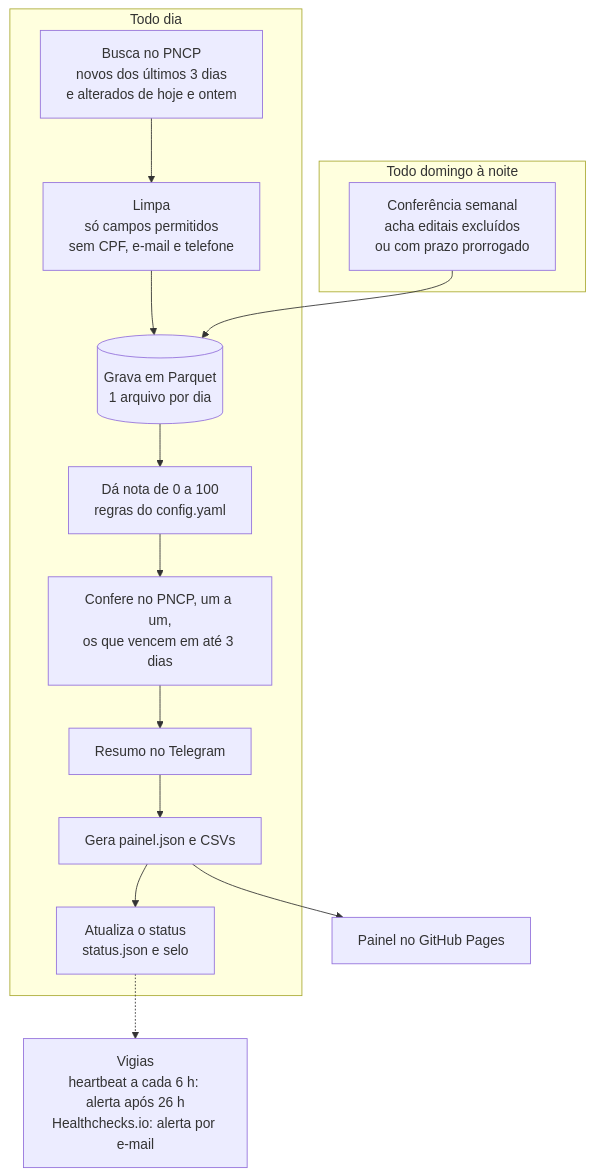
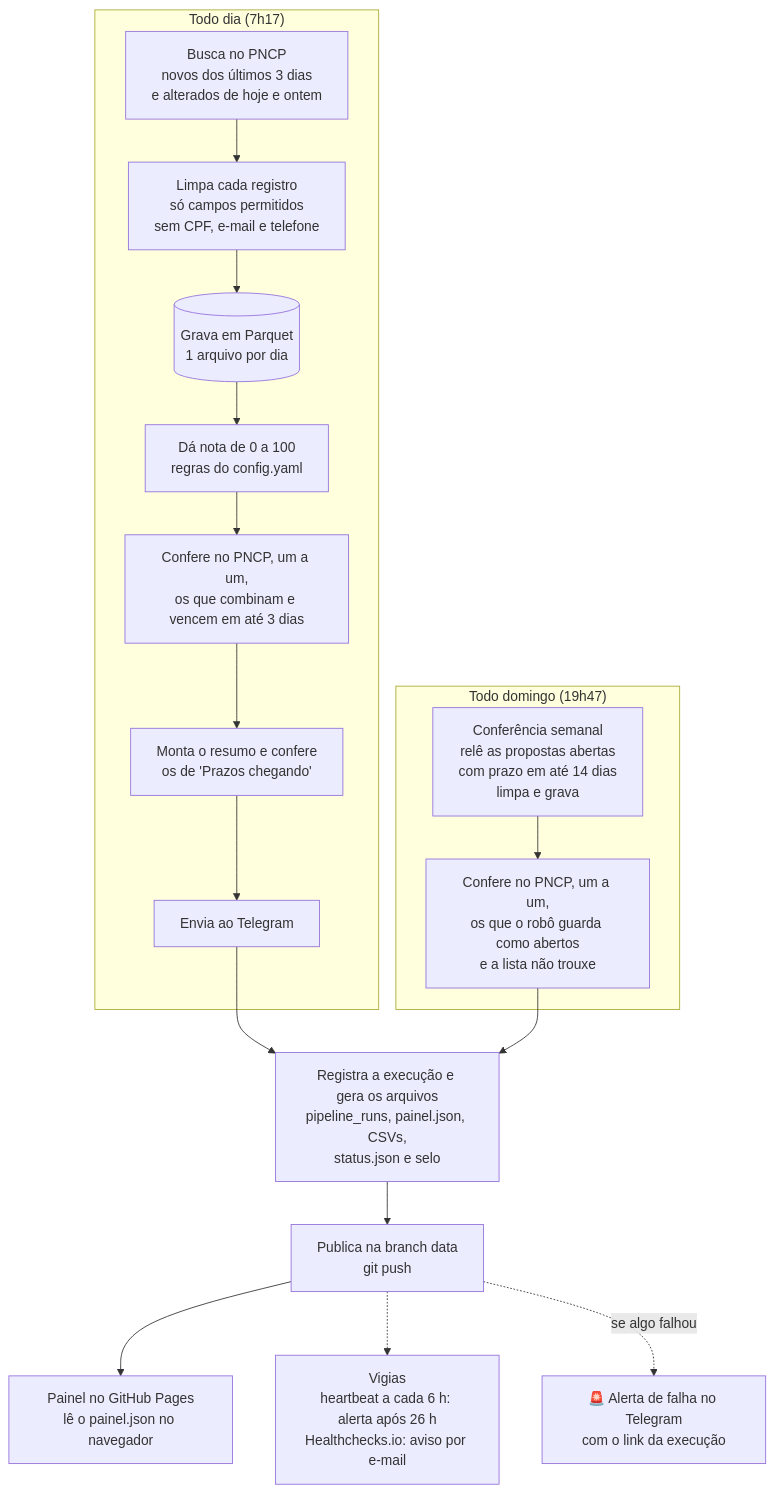
The second of 2 diagrams in README.md (victor-ozores/Radar-PNCP), drawn with Mermaid before and after one commit. The commit also changed other lines of this file and 5 other files, not shown here.

First line of the commit message:
docs: README no molde dos outros projetos, com botão do dashboard e decisões em primeira pessoa

````diff
--- a/README.md
+++ b/README.md
@@ -92,17 +143,20 @@
 ```mermaid
 flowchart TD
-    subgraph dia["Todo dia"]
-        A["Busca no PNCP<br/>novos dos últimos 3 dias<br/>e alterados de hoje e ontem"] --> B["Limpa<br/>só campos permitidos<br/>sem CPF, e-mail e telefone"]
+    subgraph dia["Todo dia (7h17)"]
+        A["Busca no PNCP<br/>novos dos últimos 3 dias<br/>e alterados de hoje e ontem"] --> B["Limpa cada registro<br/>só campos permitidos<br/>sem CPF, e-mail e telefone"]
         B --> C[("Grava em Parquet<br/>1 arquivo por dia")]
         C --> D["Dá nota de 0 a 100<br/>regras do config.yaml"]
-        D --> E["Confere no PNCP, um a um,<br/>os que vencem em até 3 dias"]
-        E --> F["Resumo no Telegram"]
-        F --> G["Gera painel.json e CSVs"]
-        G --> R["Atualiza o status<br/>status.json e selo"]
+        D --> E["Confere no PNCP, um a um,<br/>os que combinam e vencem em até 3 dias"]
+        E --> F["Monta o resumo e confere<br/>os de 'Prazos chegando'"]
+        F --> T["Envia ao Telegram"]
     end
-    subgraph dom["Todo domingo à noite"]
-        S["Conferência semanal<br/>acha editais excluídos<br/>ou com prazo prorrogado"] --> C
+    subgraph dom["Todo domingo (19h47)"]
+        S1["Conferência semanal<br/>relê as propostas abertas<br/>com prazo em até 14 dias<br/>limpa e grava"] --> S2["Confere no PNCP, um a um,<br/>os que o robô guarda como abertos<br/>e a lista não trouxe"]
     end
-    G --> H["Painel no GitHub Pages"]
-    R -.-> I["Vigias<br/>heartbeat a cada 6 h: alerta após 26 h<br/>Healthchecks.io: alerta por e-mail"]
+    T --> G["Registra a execução e gera os arquivos<br/>pipeline_runs, painel.json, CSVs,<br/>status.json e selo"]
+    S2 --> G
+    G --> P["Publica na branch data<br/>git push"]
+    P --> H["Painel no GitHub Pages<br/>lê o painel.json no navegador"]
+    P -.-> I["Vigias<br/>heartbeat a cada 6 h: alerta após 26 h<br/>Healthchecks.io: aviso por e-mail"]
+    P -.->|"se algo falhou"| X["🚨 Alerta de falha no Telegram<br/>com o link da execução"]
 ```
````
